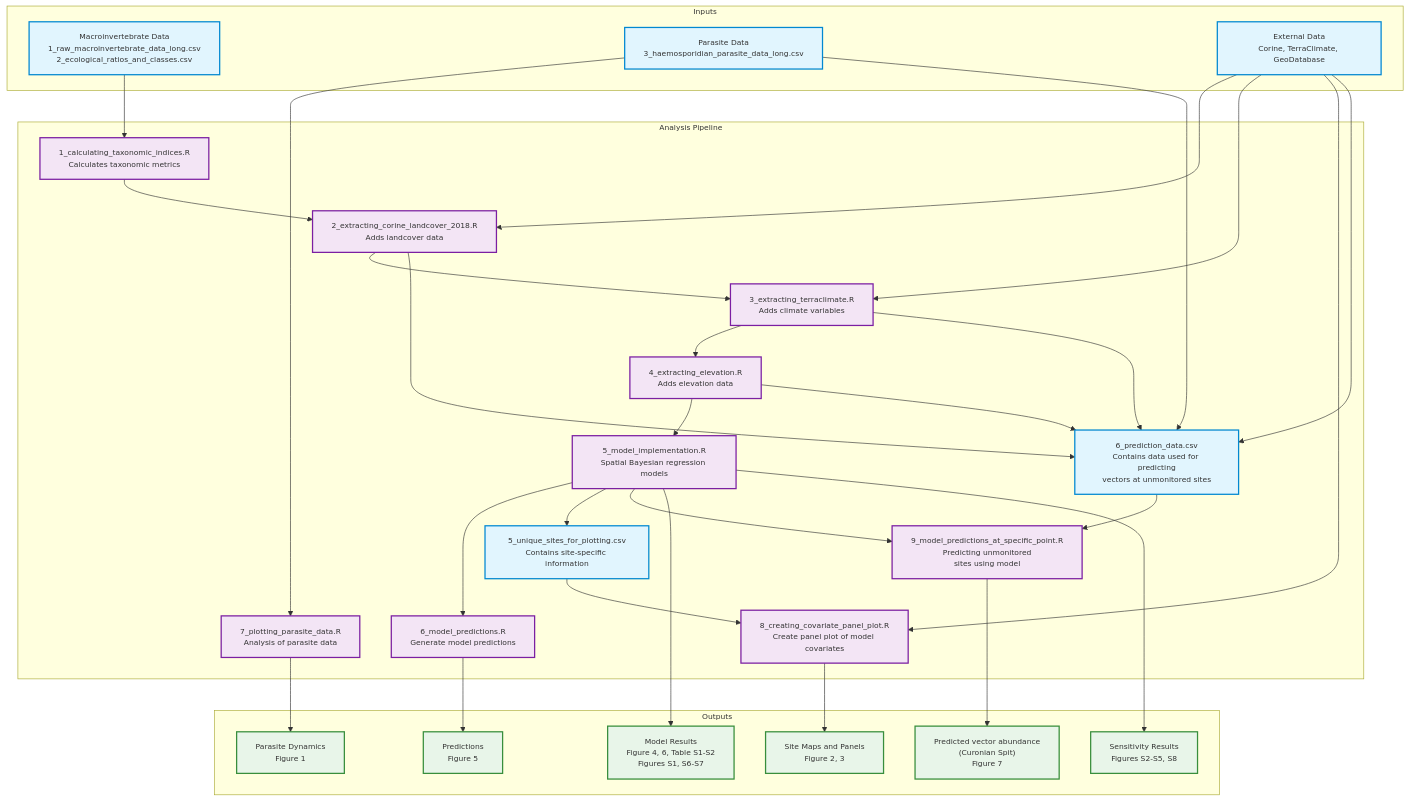
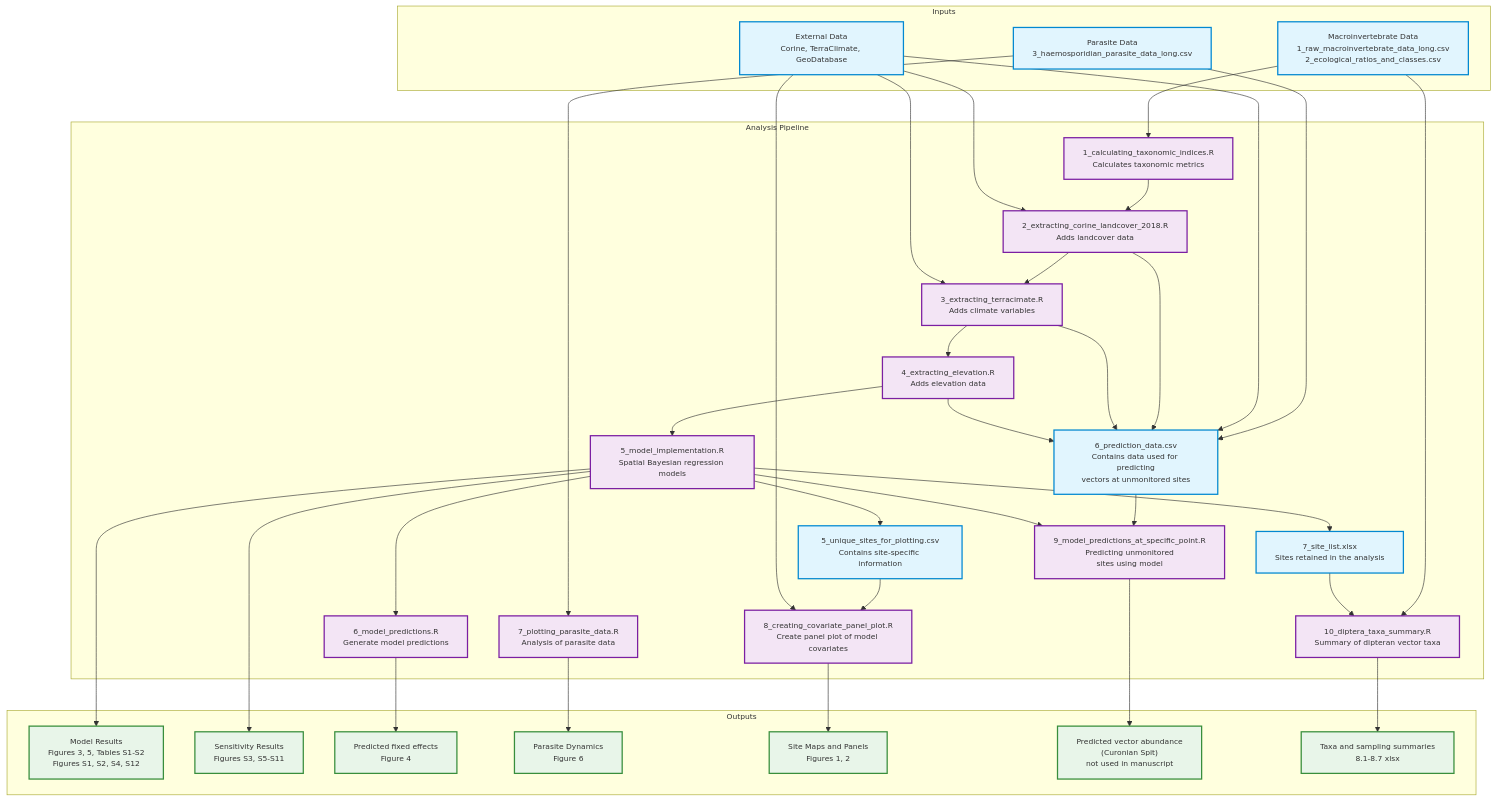
Before and after one commit to HeeeyNathan/Predicting_vector_abundance_in_Lithuania: the diagram in README.md, drawn with Mermaid. The commit also changed other lines of this file and 13 other files, not shown here.

Commit message:
updated figure numbers to align with the manuscript and supplements. Updated README file.

````diff
--- a/README.md
+++ b/README.md
@@ -177,52 +219,56 @@
 ``` mermaid
 %%{init: {'themeVariables': { 'fontSize': '12px'}}}%%
 %%{init: {'themeVariables': { 'nodePadding': 14}}}%%
 graph TD
     subgraph Inputs
         R["Macroinvertebrate Data<br/>1_raw_macroinvertebrate_data_long.csv<br/>2_ecological_ratios_and_classes.csv"]
         P["Parasite Data<br/>3_haemosporidian_parasite_data_long.csv"]
         E["External Data<br/>Corine, TerraClimate, GeoDatabase"]
     end
     
     subgraph Analysis Pipeline
         R --> S1["1_calculating_taxonomic_indices.R<br/>Calculates taxonomic metrics"]
         S1 --> S2["2_extracting_corine_landcover_2018.R<br/>Adds landcover data"]
         E --> S2
-        S2 --> S3["3_extracting_terraclimate.R<br/>Adds climate variables"]
+        S2 --> S3["3_extracting_terracimate.R<br/>Adds climate variables"]
         E --> S3
         S3 --> S4["4_extracting_elevation.R<br/>Adds elevation data"]
         S4 --> S5["5_model_implementation.R<br/>Spatial Bayesian regression models"]
         S5 --> S6["6_model_predictions.R<br/>Generate model predictions"]
         S5 --> Sites["5_unique_sites_for_plotting.csv<br/>Contains site-specific information"]
+        S5 --> SiteList["7_site_list.xlsx<br/>Sites retained in the analysis"]
         Sites --> S8["8_creating_covariate_panel_plot.R<br/>Create panel plot of model covariates"]
         E --> S8
         P --> S7["7_plotting_parasite_data.R<br/>Analysis of parasite data"]
         P --> Predictions["6_prediction_data.csv<br/>Contains data used for predicting<br/>vectors at unmonitored sites"]
         E --> Predictions
         S2 --> Predictions
         S3 --> Predictions
         S4 --> Predictions
         Predictions --> S9["9_model_predictions_at_specific_point.R<br/>Predicting unmonitored<br/>sites using model"]
         S5 --> S9
+        R --> S10["10_diptera_taxa_summary.R<br/>Summary of dipteran vector taxa"]
+        SiteList --> S10
     end
     
     subgraph Outputs
-        S5 --> O1["Model Results<br/>Figure 4, 6, Table S1-S2<br/>Figures S1, S6-S7"]
-        S5 --> O2["Sensitivity Results<br/>Figures S2-S5, S8"]
-        S6 --> O3["Predictions<br/>Figure 5"]
-        S7 --> O4["Parasite Dynamics<br/>Figure 1"]
-        S8 --> O5["Site Maps and Panels<br/>Figure 2, 3"]
-        S9 --> O6["Predicted vector abundance<br/>(Curonian Spit)<br/>Figure 7"]
+        S5 --> O1["Model Results<br/>Figures 3, 5, Tables S1-S2<br/>Figures S1, S2, S4, S12"]
+        S5 --> O2["Sensitivity Results<br/>Figures S3, S5-S11"]
+        S6 --> O3["Predicted fixed effects<br/>Figure 4"]
+        S7 --> O4["Parasite Dynamics<br/>Figure 6"]
+        S8 --> O5["Site Maps and Panels<br/>Figures 1, 2"]
+        S9 --> O6["Predicted vector abundance<br/>(Curonian Spit)<br/>not used in manuscript"]
+        S10 --> O7["Taxa and sampling summaries<br/>8.1-8.7 xlsx"]
     end
     
     %% Styling
     classDef input fill:#e1f5fe,stroke:#0288d1,stroke-width:2px;
     classDef script fill:#f3e5f5,stroke:#7b1fa2,stroke-width:2px;
     classDef output fill:#e8f5e9,stroke:#388e3c,stroke-width:2px;
     classDef intermediate fill:#e1f5fe,stroke:#0288d1,stroke-width:2px;
     
     class R,P,E input;
-    class S1,S2,S3,S4,S5,S6,S7,S8,S9 script;
-    class O1,O2,O3,O4,O5,O6 output;
-    class Sites,Predictions intermediate;
+    class S1,S2,S3,S4,S5,S6,S7,S8,S9,S10 script;
+    class O1,O2,O3,O4,O5,O6,O7 output;
+    class Sites,SiteList,Predictions intermediate;
 ```
````
